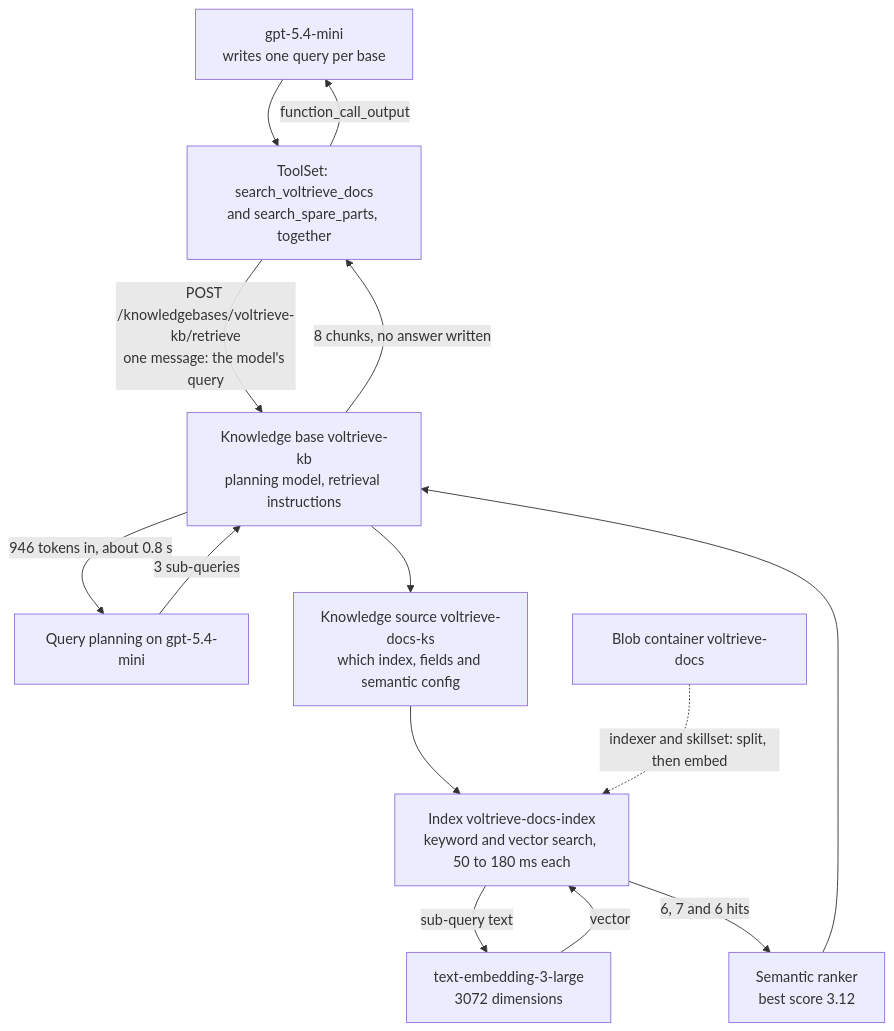
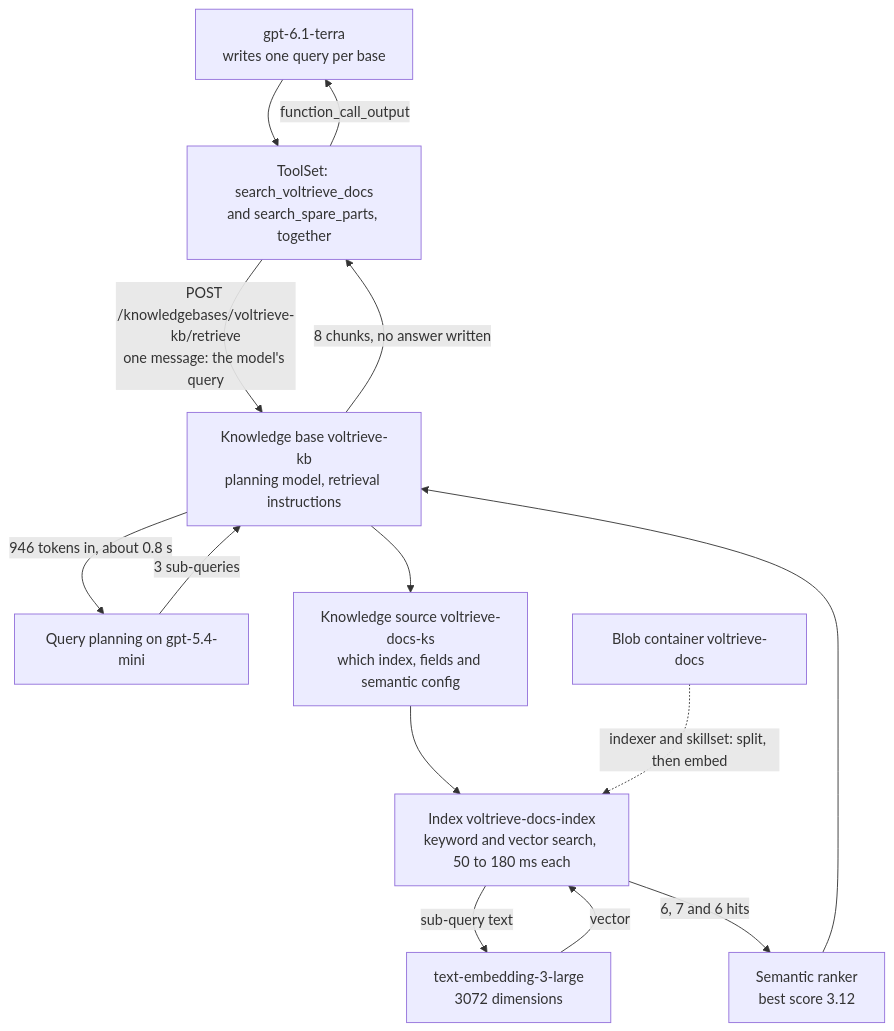
The third of 5 diagrams in docs/prompt-journey.md (mklab-se/agentic-rag), drawn with Mermaid before and after one commit. The commit also changed other lines of this file and 3 other files, not shown here.

````diff
--- a/docs/prompt-journey.md
+++ b/docs/prompt-journey.md
@@ -148,16 +149,16 @@
 ```mermaid
 flowchart TD
-    M["gpt-5.4-mini<br/>writes one query per base"] --> T["ToolSet: search_voltrieve_docs<br/>and search_spare_parts, together"]
+    M["gpt-6.1-terra<br/>writes one query per base"] --> T["ToolSet: search_voltrieve_docs<br/>and search_spare_parts, together"]
     T -->|"POST /knowledgebases/voltrieve-kb/retrieve<br/>one message: the model's query"| KB["Knowledge base voltrieve-kb<br/>planning model, retrieval instructions"]
     KB -->|"946 tokens in, about 0.8 s"| P["Query planning on gpt-5.4-mini"]
     P -->|"3 sub-queries"| KB
     KB --> KS["Knowledge source voltrieve-docs-ks<br/>which index, fields and semantic config"]
     KS --> IX["Index voltrieve-docs-index<br/>keyword and vector search, 50 to 180 ms each"]
     IX -->|"sub-query text"| E["text-embedding-3-large<br/>3072 dimensions"]
     E -->|"vector"| IX
     IX -->|"6, 7 and 6 hits"| R["Semantic ranker<br/>best score 3.12"]
     R --> KB
     KB -->|"8 chunks, no answer written"| T
     T -->|"function_call_output"| M
     B["Blob container voltrieve-docs"] -. "indexer and skillset: split, then embed" .-> IX
 ```
````
